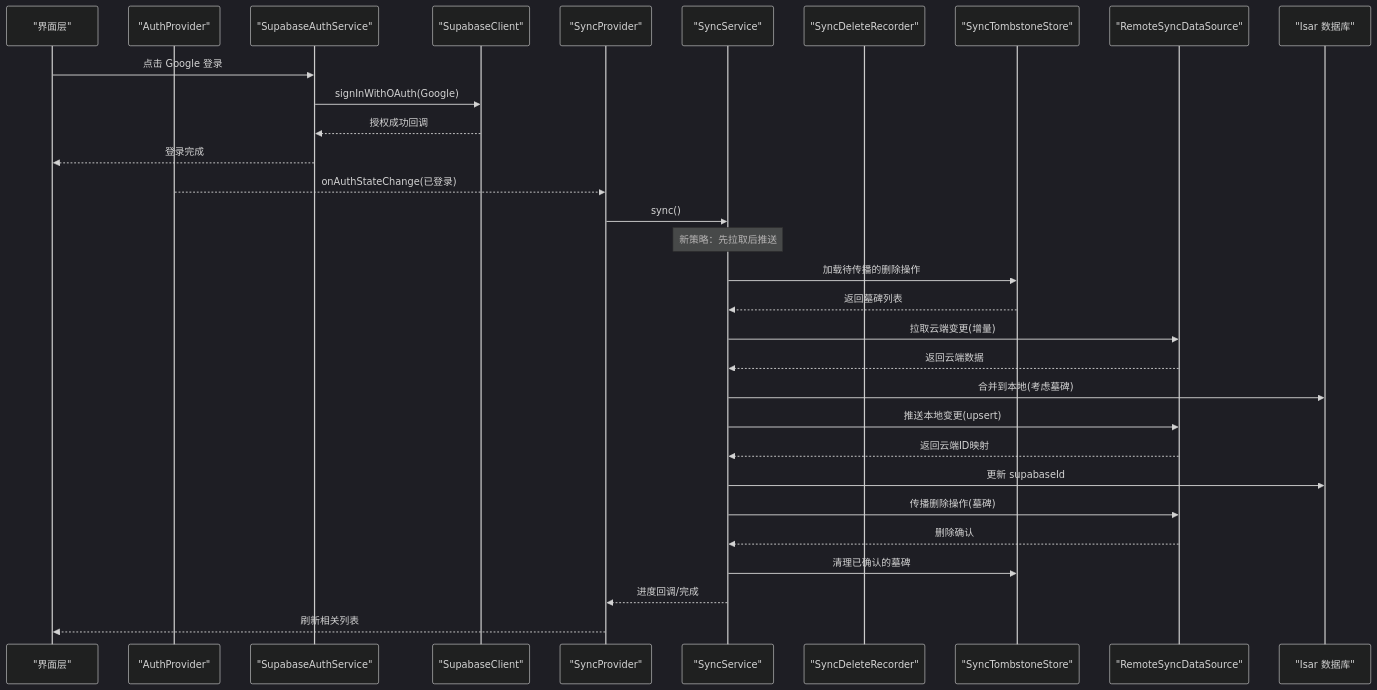
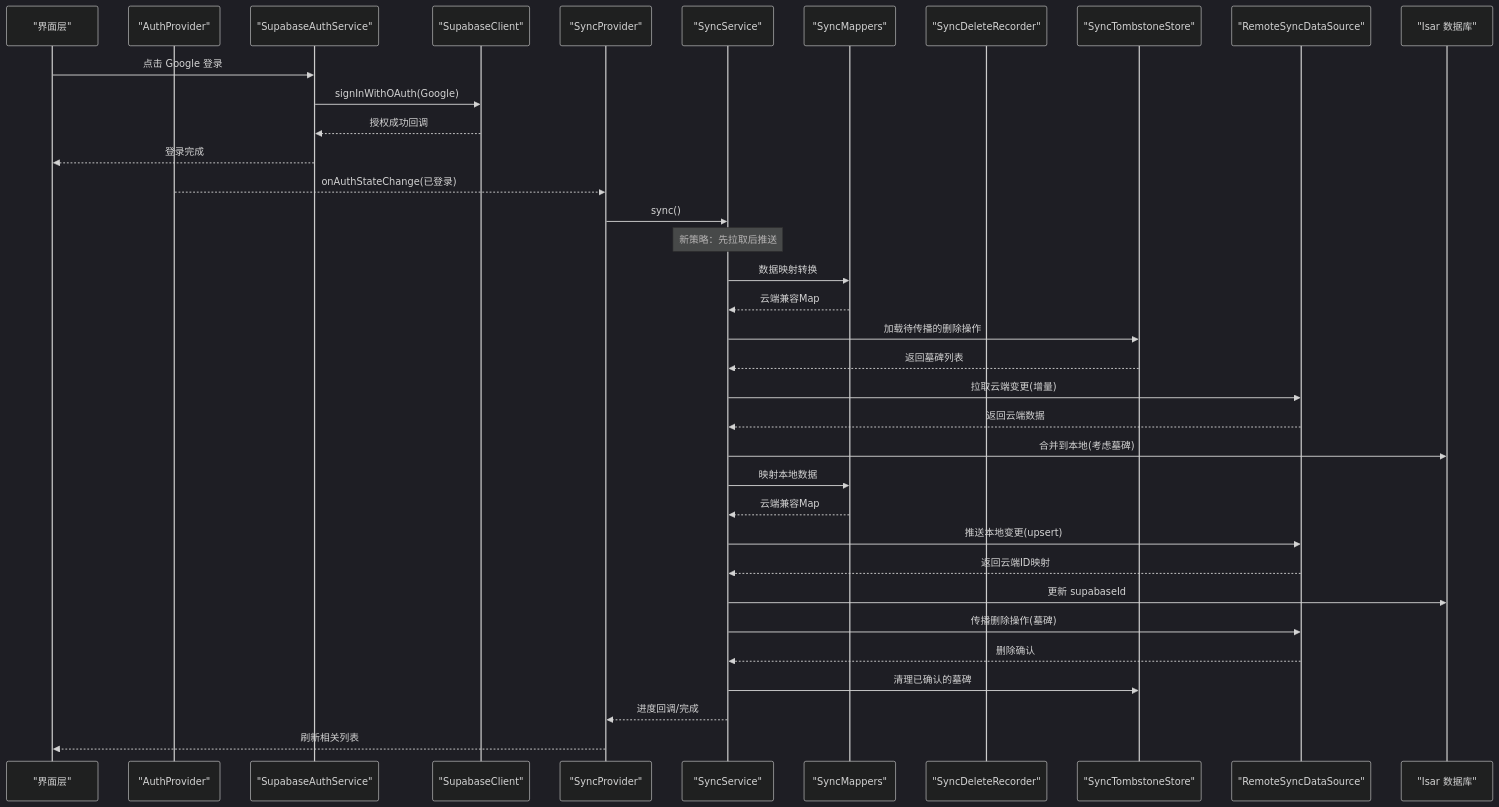
One commit to ZTfer/Tinycast changed the second of 7 diagrams in .qoder/repowiki/zh/content/核心功能模块/云同步功能.md. Above: the diagram before and after it, drawn with Mermaid (dark theme). The commit also changed other lines of this file and 4 other files, not shown here.

````diff
--- a/.qoder/repowiki/zh/content/核心功能模块/云同步功能.md
+++ b/.qoder/repowiki/zh/content/核心功能模块/云同步功能.md
@@ -121,33 +130,38 @@
 ```mermaid
 sequenceDiagram
 participant UI as "界面层"
 participant AuthProv as "AuthProvider"
 participant AuthSvc as "SupabaseAuthService"
 participant Supa as "SupabaseClient"
 participant SyncProv as "SyncProvider"
 participant SyncSvc as "SyncService"
+participant Mappers as "SyncMappers"
 participant DeleteRecorder as "SyncDeleteRecorder"
 participant TombstoneStore as "SyncTombstoneStore"
 participant Remote as "RemoteSyncDataSource"
 participant Isar as "Isar 数据库"
 UI->>AuthSvc : 点击 Google 登录
 AuthSvc->>Supa : signInWithOAuth(Google)
 Supa-->>AuthSvc : 授权成功回调
 AuthSvc-->>UI : 登录完成
 AuthProv-->>SyncProv : onAuthStateChange(已登录)
 SyncProv->>SyncSvc : sync()
 Note over SyncSvc : 新策略：先拉取后推送
+SyncSvc->>Mappers : 数据映射转换
+Mappers-->>SyncSvc : 云端兼容Map
 SyncSvc->>TombstoneStore : 加载待传播的删除操作
 TombstoneStore-->>SyncSvc : 返回墓碑列表
 SyncSvc->>Remote : 拉取云端变更(增量)
 Remote-->>SyncSvc : 返回云端数据
 SyncSvc->>Isar : 合并到本地(考虑墓碑)
+SyncSvc->>Mappers : 映射本地数据
+Mappers-->>SyncSvc : 云端兼容Map
 SyncSvc->>Remote : 推送本地变更(upsert)
 Remote-->>SyncSvc : 返回云端ID映射
 SyncSvc->>Isar : 更新 supabaseId
 SyncSvc->>Remote : 传播删除操作(墓碑)
 Remote-->>SyncSvc : 删除确认
 SyncSvc->>TombstoneStore : 清理已确认的墓碑
 SyncSvc-->>SyncProv : 进度回调/完成
 SyncProv-->>UI : 刷新相关列表
 ```
````
